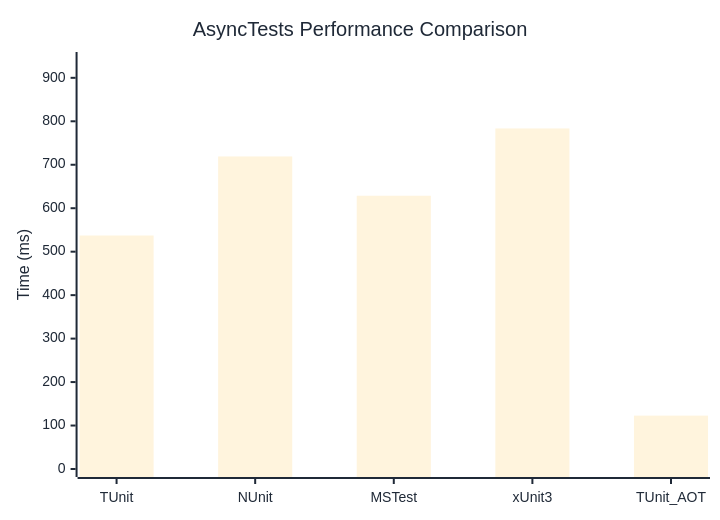
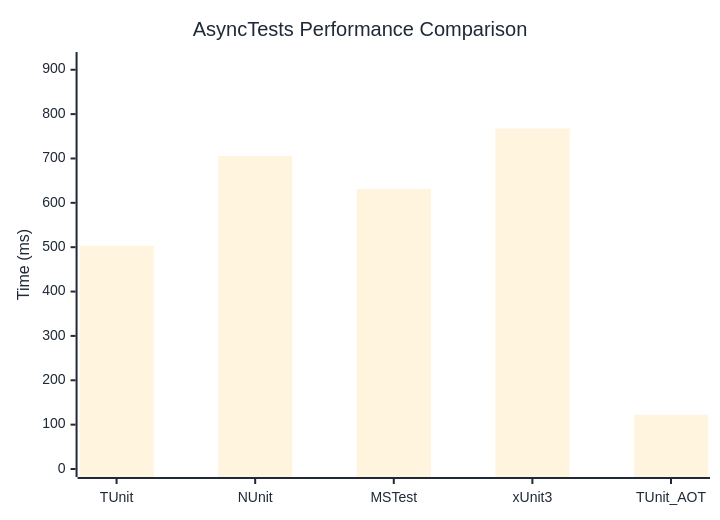
Before and after one commit to thomhurst/TUnit: the diagram in docs/docs/benchmarks/AsyncTests.md, drawn with Mermaid. The commit also changed other lines of this file and 17 other files, not shown here.

````diff
--- a/docs/docs/benchmarks/AsyncTests.md
+++ b/docs/docs/benchmarks/AsyncTests.md
@@ -27,37 +27,37 @@
 ```mermaid
 %%{init: {
   'theme':'base',
   'themeVariables': {
     'primaryColor': '#2563eb',
     'primaryTextColor': '#1f2937',
     'primaryBorderColor': '#1e40af',
     'lineColor': '#6b7280',
     'secondaryColor': '#7c3aed',
     'tertiaryColor': '#dc2626',
     'background': '#ffffff',
     'mainBkg': '#2563eb',
     'secondBkg': '#7c3aed',
     'tertiaryBkg': '#dc2626',
     'clusterBkg': '#f3f4f6',
     'edgeLabelBackground': '#ffffff',
     'tertiaryTextColor': '#1f2937',
     'pie1': '#2563eb',
     'pie2': '#7c3aed',
     'pie3': '#dc2626',
     'pie4': '#f59e0b',
     'pie5': '#10b981',
     'pie6': '#06b6d4',
     'pie7': '#ec4899',
     'pie8': '#6366f1',
     'pie9': '#84cc16',
     'pie10': '#f97316',
     'pie11': '#14b8a6',
     'pie12': '#a855f7'
   }
 }}%%
 xychart-beta
   title "AsyncTests Performance Comparison"
   x-axis ["TUnit", "NUnit", "MSTest", "xUnit3", "TUnit_AOT"]
-  y-axis "Time (ms)" 0 --> 941
-  bar [537.2, 719.1, 628.7, 783.5, 122.8]
+  y-axis "Time (ms)" 0 --> 922
+  bar [503.1, 705.5, 631.3, 767.6, 122.4]
 ```
````
